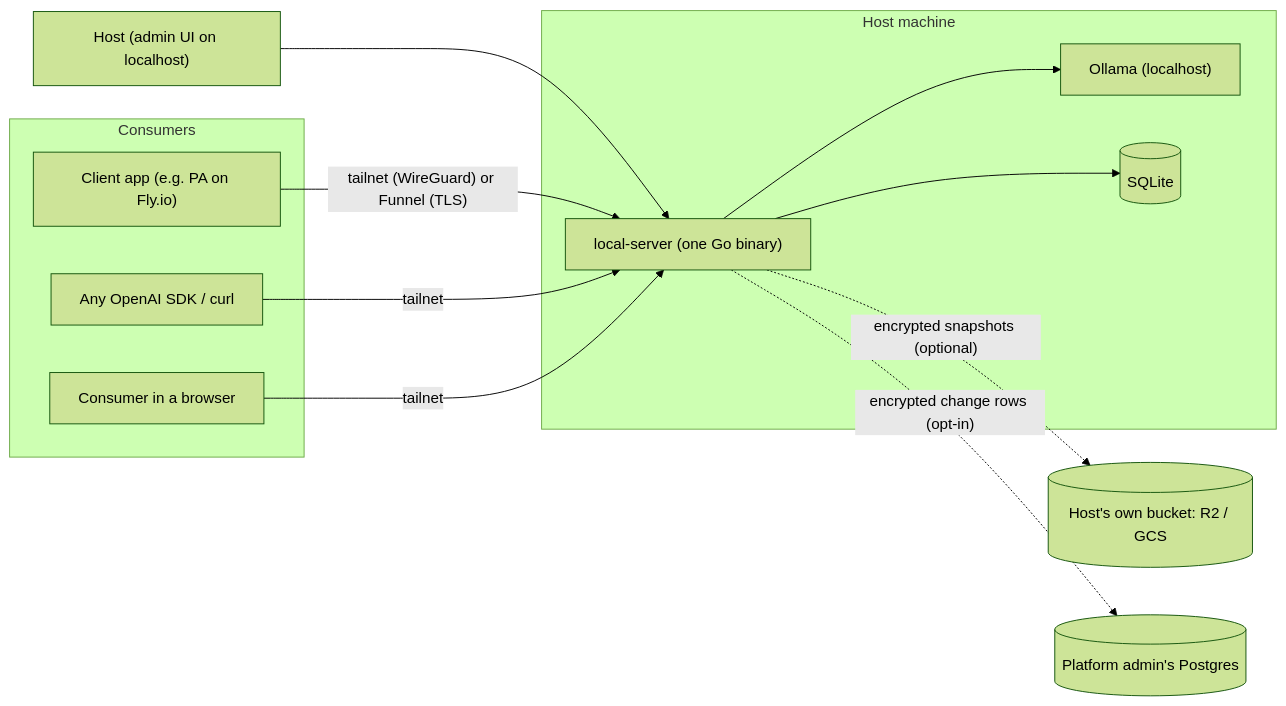
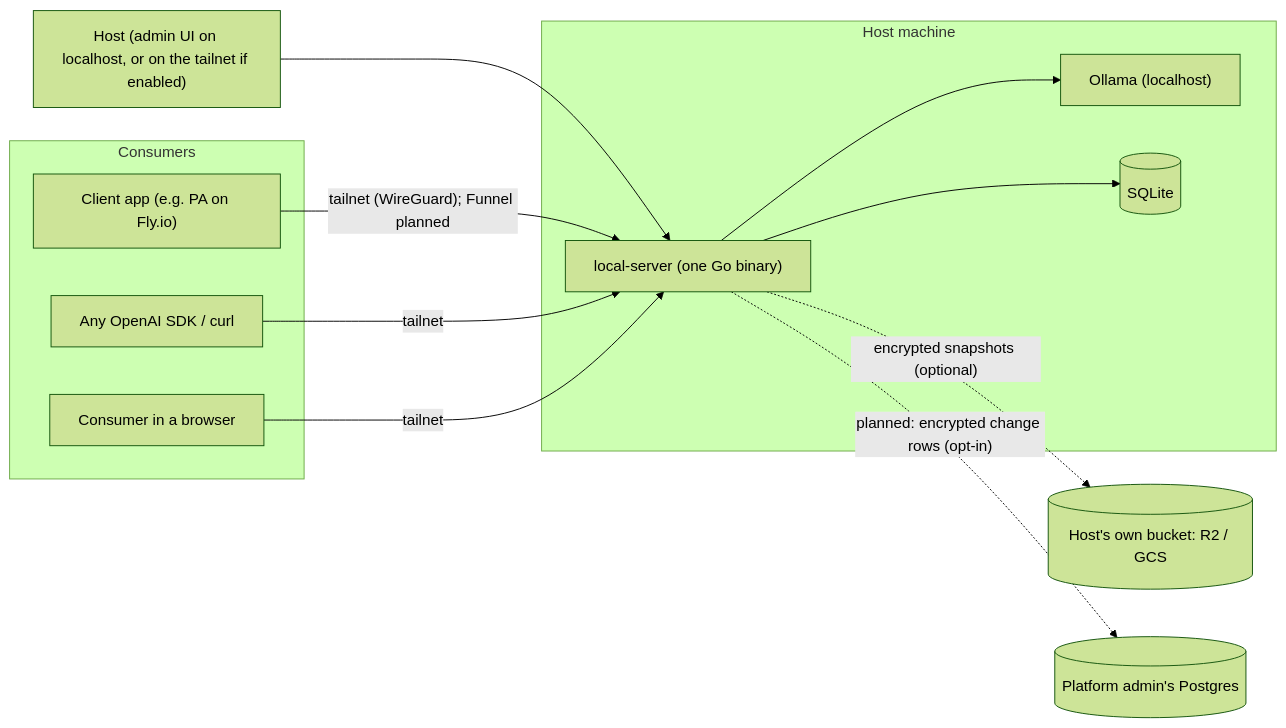
Before and after one commit to inCoderKaka/local-server: the first of 3 diagrams in docs/design_docs/hld.md, drawn with Mermaid (forest theme). The commit also changed other lines of this file, not shown here.

First line of the commit message:
docs(platform): HLD reconciled with the code as built (req_001 D-63, D-141)

````diff
--- a/docs/design_docs/hld.md
+++ b/docs/design_docs/hld.md
@@ -22,21 +22,21 @@
 ```mermaid
 flowchart LR
   subgraph Consumers
     PA["Client app (e.g. PA on Fly.io)"]
     Dev["Any OpenAI SDK / curl"]
     Web["Consumer in a browser"]
   end
   subgraph HostMachine["Host machine"]
     LS["local-server (one Go binary)"]
     OL["Ollama (localhost)"]
     DB[("SQLite")]
     LS --> OL
     LS --> DB
   end
-  Admin["Host (admin UI on localhost)"] --> LS
-  PA -- "tailnet (WireGuard) or Funnel (TLS)" --> LS
+  Admin["Host (admin UI on localhost, or on the tailnet if enabled)"] --> LS
+  PA -- "tailnet (WireGuard); Funnel planned" --> LS
   Dev -- "tailnet" --> LS
   Web -- "tailnet" --> LS
   LS -. "encrypted snapshots (optional)" .-> Bucket[("Host's own bucket: R2 / GCS")]
-  LS -. "encrypted change rows (opt-in)" .-> Platform[("Platform admin's Postgres")]
+  LS -. "planned: encrypted change rows (opt-in)" .-> Platform[("Platform admin's Postgres")]
 ```
````
